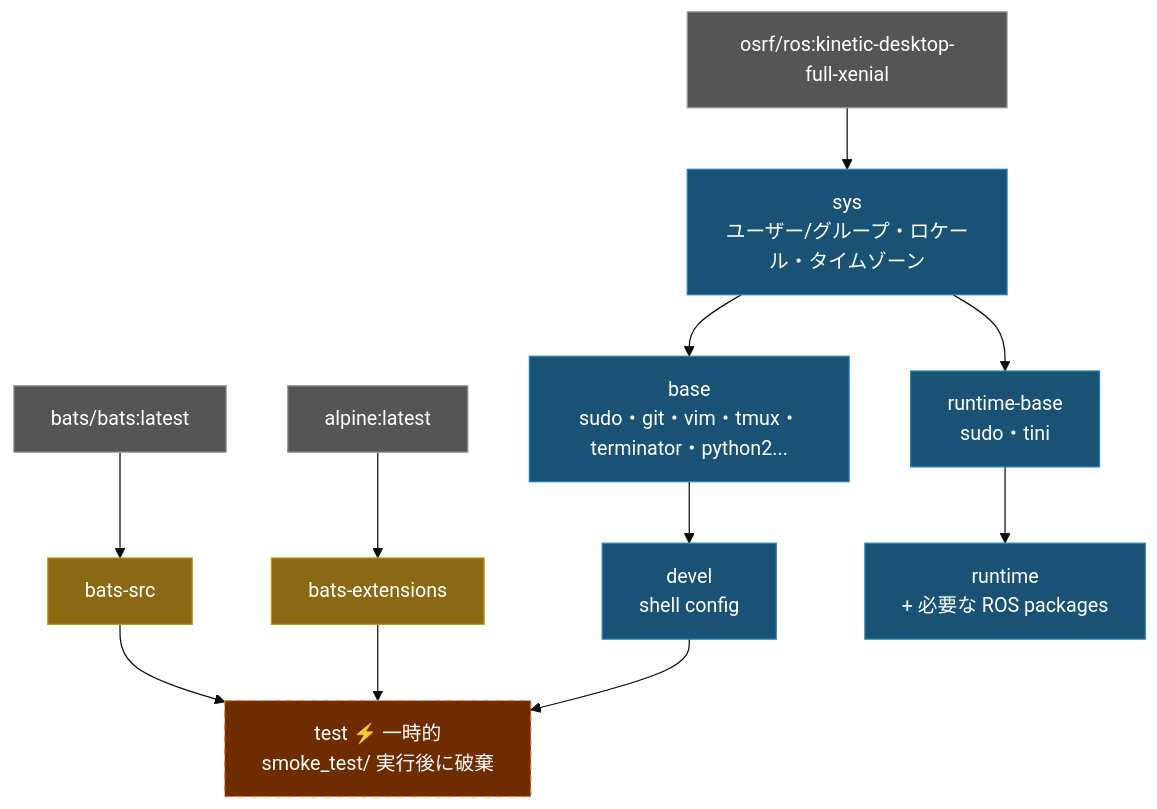
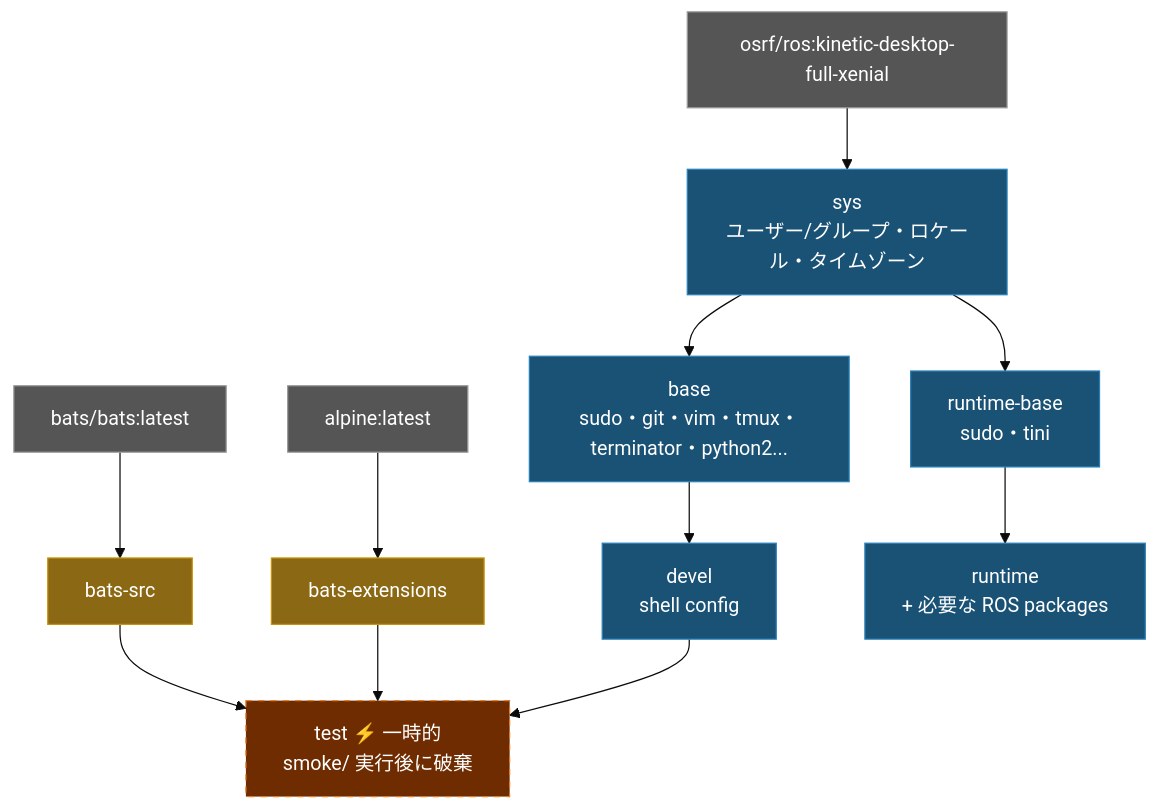
One commit to ycpss91255-docker/osrf_ros_kinetic changed the diagram in doc/README.ja.md. Above: the diagram before and after it, drawn with Mermaid (base theme). The commit also changed other lines of this file and 21 other files, not shown here.

````diff
--- a/doc/README.ja.md
+++ b/doc/README.ja.md
@@ -235,26 +235,26 @@
 ```mermaid
 graph TD
     EXT1["bats/bats:latest"]:::external
     EXT2["alpine:latest"]:::external
     EXT3["osrf/ros:kinetic-desktop-full-xenial"]:::external
 
     EXT1 --> bats-src["bats-src"]:::tool
     EXT2 --> bats-ext["bats-extensions"]:::tool
 
     EXT3 --> sys["sys\nユーザー/グループ・ロケール・タイムゾーン"]:::stage
 
     sys --> base["base\nsudo・git・vim・tmux・terminator・python2..."]:::stage
     base --> devel["devel\nshell config"]:::stage
 
-    bats-src --> test["test  ⚡ 一時的\nsmoke_test/ 実行後に破棄"]:::ephemeral
+    bats-src --> test["test  ⚡ 一時的\nsmoke/ 実行後に破棄"]:::ephemeral
     bats-ext --> test
     devel --> test
 
     sys --> runtime-base["runtime-base\nsudo・tini"]:::stage
     runtime-base --> runtime["runtime\n+ 必要な ROS packages"]:::stage
 
     classDef external fill:#555,color:#fff,stroke:#999
     classDef tool fill:#8B6914,color:#fff,stroke:#c8960c
     classDef stage fill:#1a5276,color:#fff,stroke:#2980b9
     classDef ephemeral fill:#6e2c00,color:#fff,stroke:#e67e22,stroke-dasharray:5 5
 ```
````
